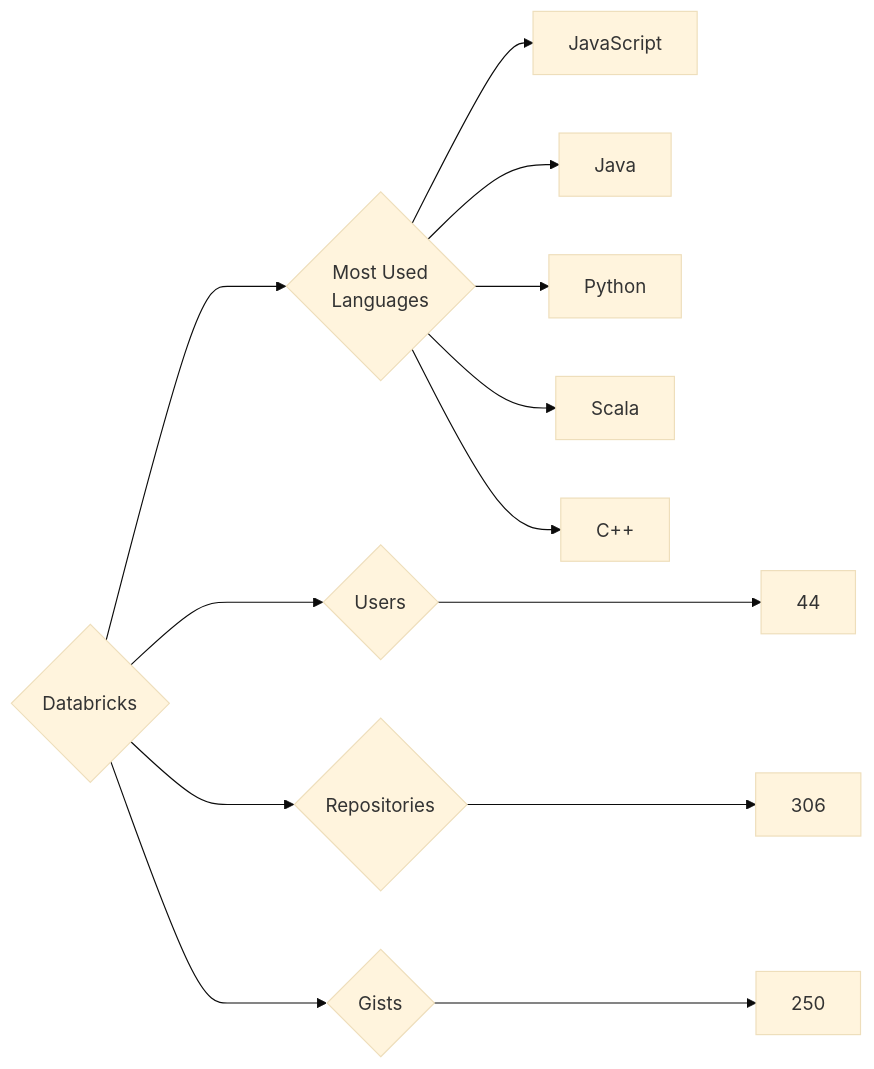
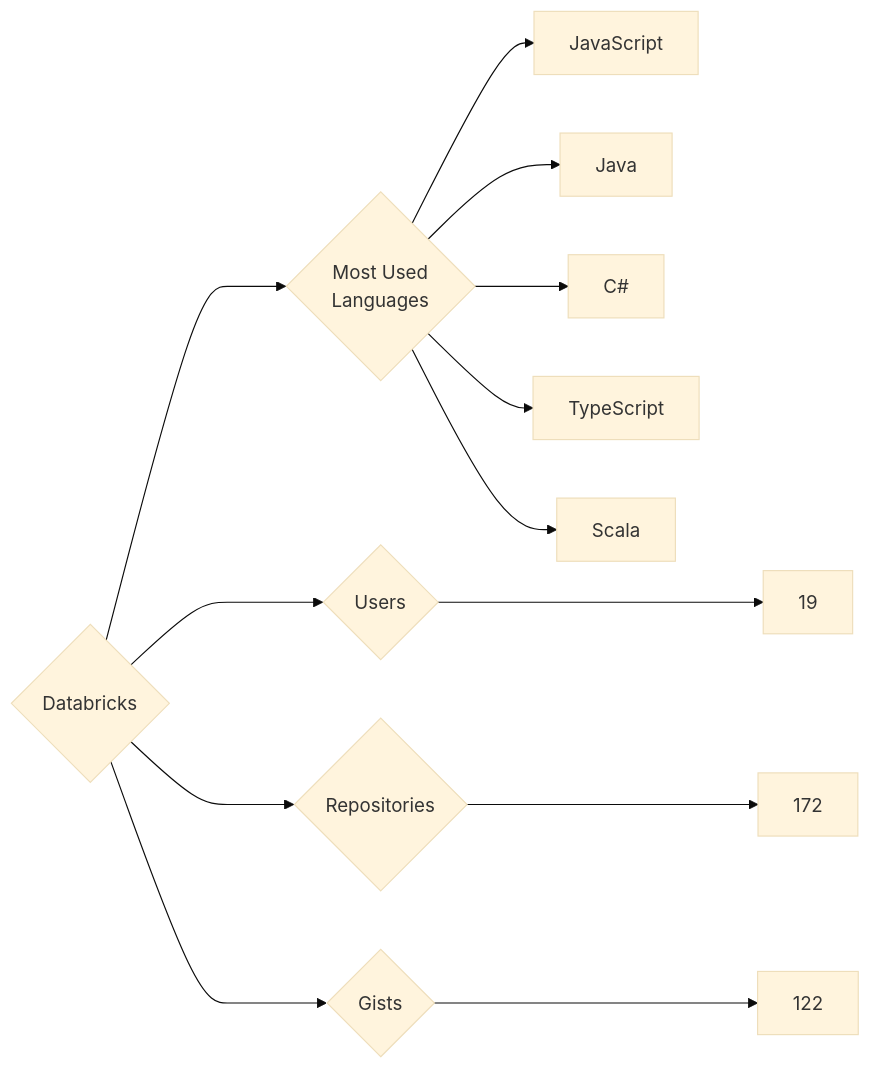
Before and after one commit to trickest/insiders: the diagram in targets/Databricks/README.md, drawn with Mermaid (base theme). The commit also changed 969 other files, not shown here.

````diff
--- a/targets/Databricks/README.md
+++ b/targets/Databricks/README.md
@@ -3,13 +3,13 @@
 ```mermaid
 graph LR
 COMPANY_NAME{Databricks}
-COMPANY_NAME ---> U{Users} ---> UN[44]
-COMPANY_NAME ---> R{Repositories} ---> RN[306]
-COMPANY_NAME ---> G{Gists} ---> GN[250]
+COMPANY_NAME ---> U{Users} ---> UN[19]
+COMPANY_NAME ---> R{Repositories} ---> RN[172]
+COMPANY_NAME ---> G{Gists} ---> GN[122]
 COMPANY_NAME ---> ML{Most Used<br>Languages}
 ML --> JavaScript[JavaScript]
 ML --> Java[Java]
-ML --> Python[Python]
+ML --> C#[C#]
+ML --> TypeScript[TypeScript]
 ML --> Scala[Scala]
-ML --> C++[C++]
 ```
````
